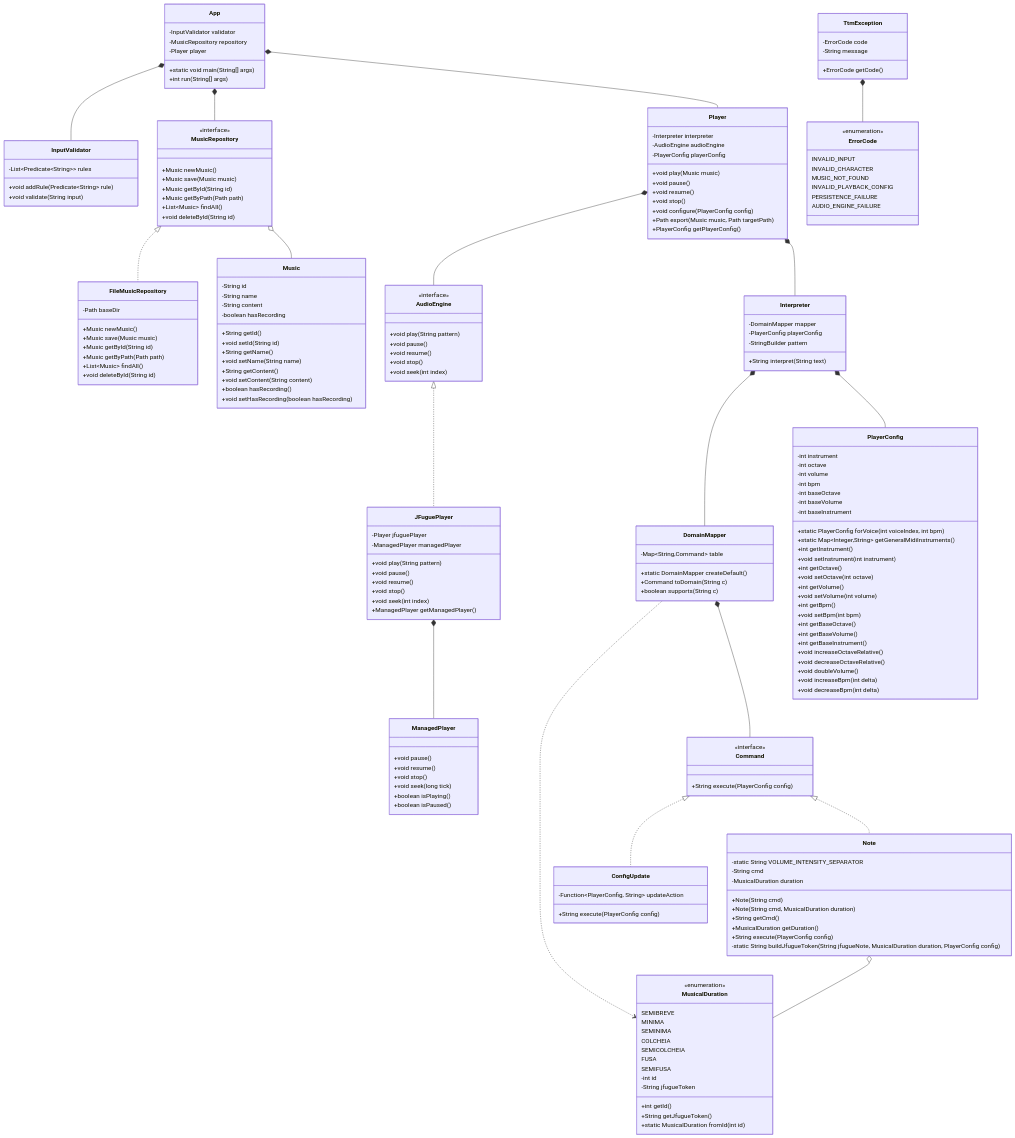
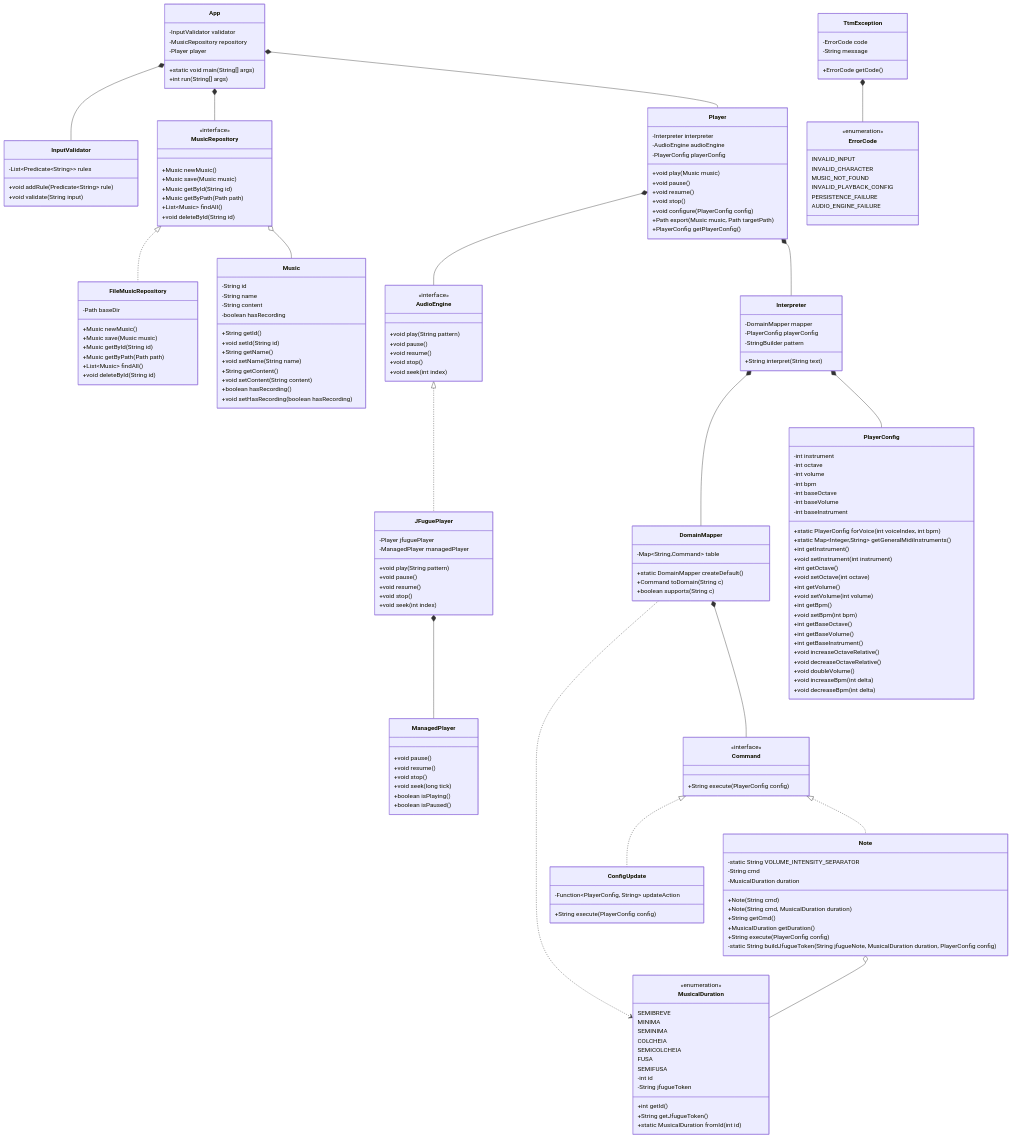
One commit to ExtremeNoHorse/inf01120-dev-sw changed the diagram in design/diagram.mmd. Above: the diagram before and after it, drawn with Mermaid. The commit also changed 4 other files, not shown here.

```diff
--- a/design/diagram.mmd
+++ b/design/diagram.mmd
@@ -196,7 +196,6 @@
         +void resume()
         +void stop()
         +void seek(int index)
-        +ManagedPlayer getManagedPlayer()
     }
 
     class ManagedPlayer {
```
